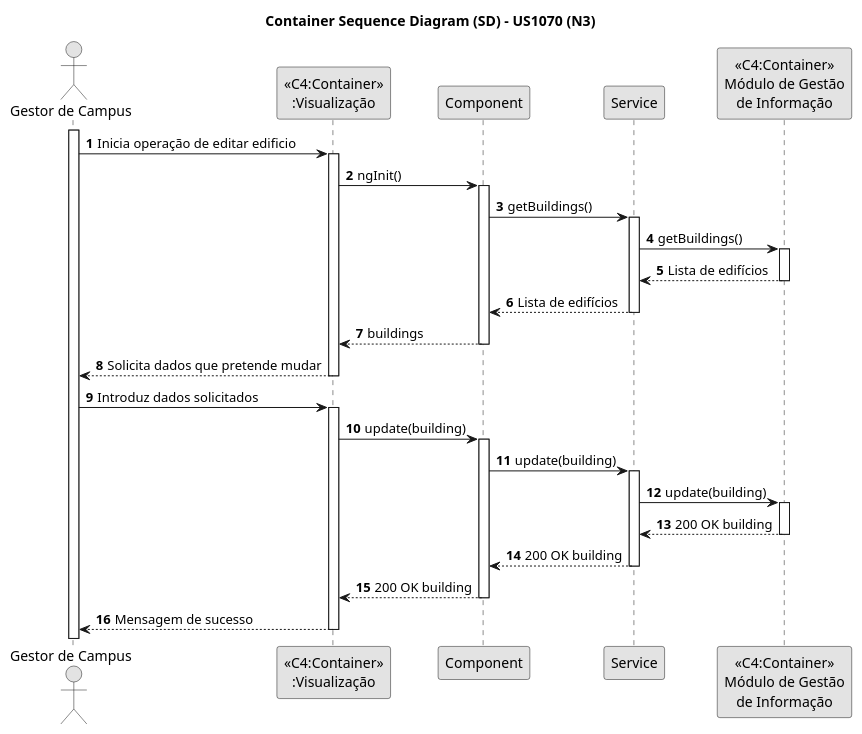
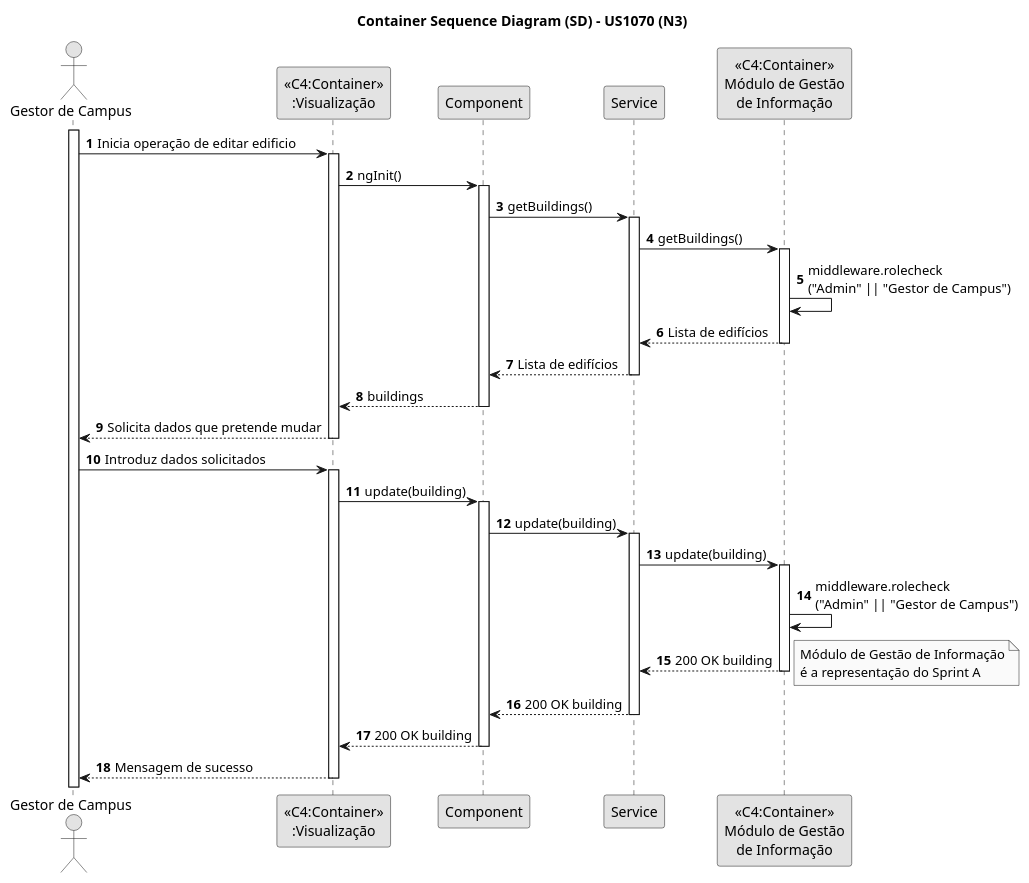
One commit to pedrocmesquita/RobDroneGo changed the diagram in docs/SprintB/1210816/us1070/SD-N3-US1070.puml. Above: the diagram before and after it, drawn with PlantUML. The commit also changed 36 other files, not shown here.

```diff
--- a/docs/SprintB/1210816/us1070/SD-N3-US1070.puml
+++ b/docs/SprintB/1210816/us1070/SD-N3-US1070.puml
@@ -1,51 +1,54 @@
 @startuml
 skinparam monochrome true
 skinparam packageStyle rectangle
 skinparam shadowing false
 
 title Container Sequence Diagram (SD) - US1070 (N3)
 
 autonumber
 
 actor "Gestor de Campus"
 
 activate "Gestor de Campus"
 "Gestor de Campus" -> "<<C4:Container>>\n:Visualização": Inicia operação de editar edificio
 activate "<<C4:Container>>\n:Visualização"
 "<<C4:Container>>\n:Visualização" -> Component: ngInit()
 activate Component
 Component -> Service: getBuildings()
 activate Service
 Service -> "<<C4:Container>>\nMódulo de Gestão\nde Informação" : getBuildings()
 activate "<<C4:Container>>\nMódulo de Gestão\nde Informação"
+"<<C4:Container>>\nMódulo de Gestão\nde Informação" -> "<<C4:Container>>\nMódulo de Gestão\nde Informação": middleware.rolecheck\n("Admin" || "Gestor de Campus")
 "<<C4:Container>>\nMódulo de Gestão\nde Informação" --> Service : Lista de edifícios
 deactivate "<<C4:Container>>\nMódulo de Gestão\nde Informação"
 Service --> Component : Lista de edifícios
 deactivate Service
 Component --> "<<C4:Container>>\n:Visualização" : buildings
 deactivate Component
 
 "<<C4:Container>>\n:Visualização" --> "Gestor de Campus": Solicita dados que pretende mudar
 deactivate "<<C4:Container>>\n:Visualização"
 
 "Gestor de Campus" -> "<<C4:Container>>\n:Visualização": Introduz dados solicitados
 activate "<<C4:Container>>\n:Visualização"
 "<<C4:Container>>\n:Visualização" -> Component : update(building)
 activate Component
 Component -> Service : update(building)
 activate Service
 Service -> "<<C4:Container>>\nMódulo de Gestão\nde Informação" : update(building)
 
 activate "<<C4:Container>>\nMódulo de Gestão\nde Informação"
+"<<C4:Container>>\nMódulo de Gestão\nde Informação" -> "<<C4:Container>>\nMódulo de Gestão\nde Informação": middleware.rolecheck\n("Admin" || "Gestor de Campus")
 "<<C4:Container>>\nMódulo de Gestão\nde Informação" --> Service: 200 OK building
 
 deactivate "<<C4:Container>>\nMódulo de Gestão\nde Informação"
+note right: Módulo de Gestão de Informação\né a representação do Sprint A
 Service --> Component: 200 OK building
 deactivate Service
 Component --> "<<C4:Container>>\n:Visualização" : 200 OK building
 deactivate Component
 deactivate "<<C4:Container>>\nMódulo de Gestão\nde Informação"
 "Gestor de Campus" <-- "<<C4:Container>>\n:Visualização": Mensagem de sucesso
 deactivate "<<C4:Container>>\n:Visualização"
 
 @enduml
```
